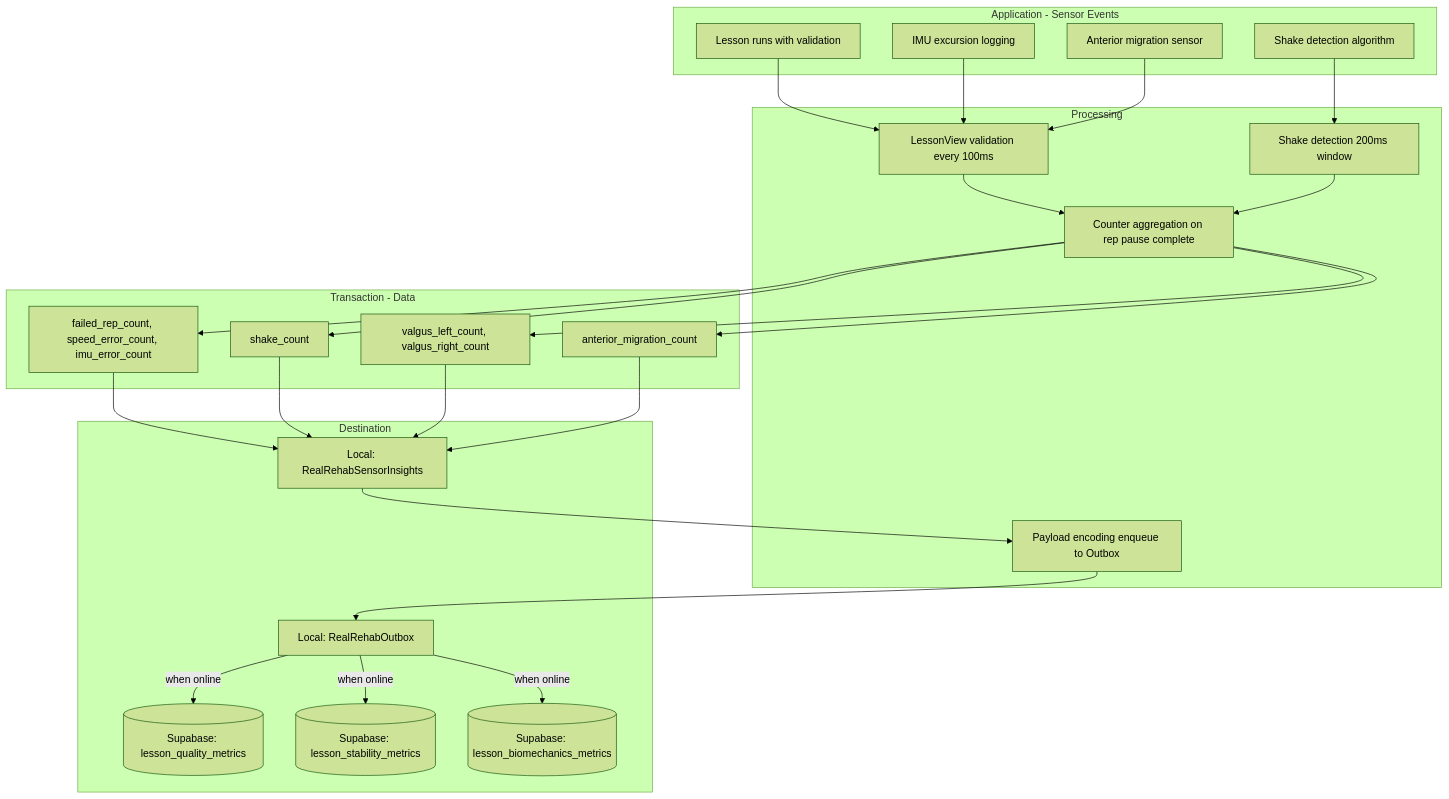
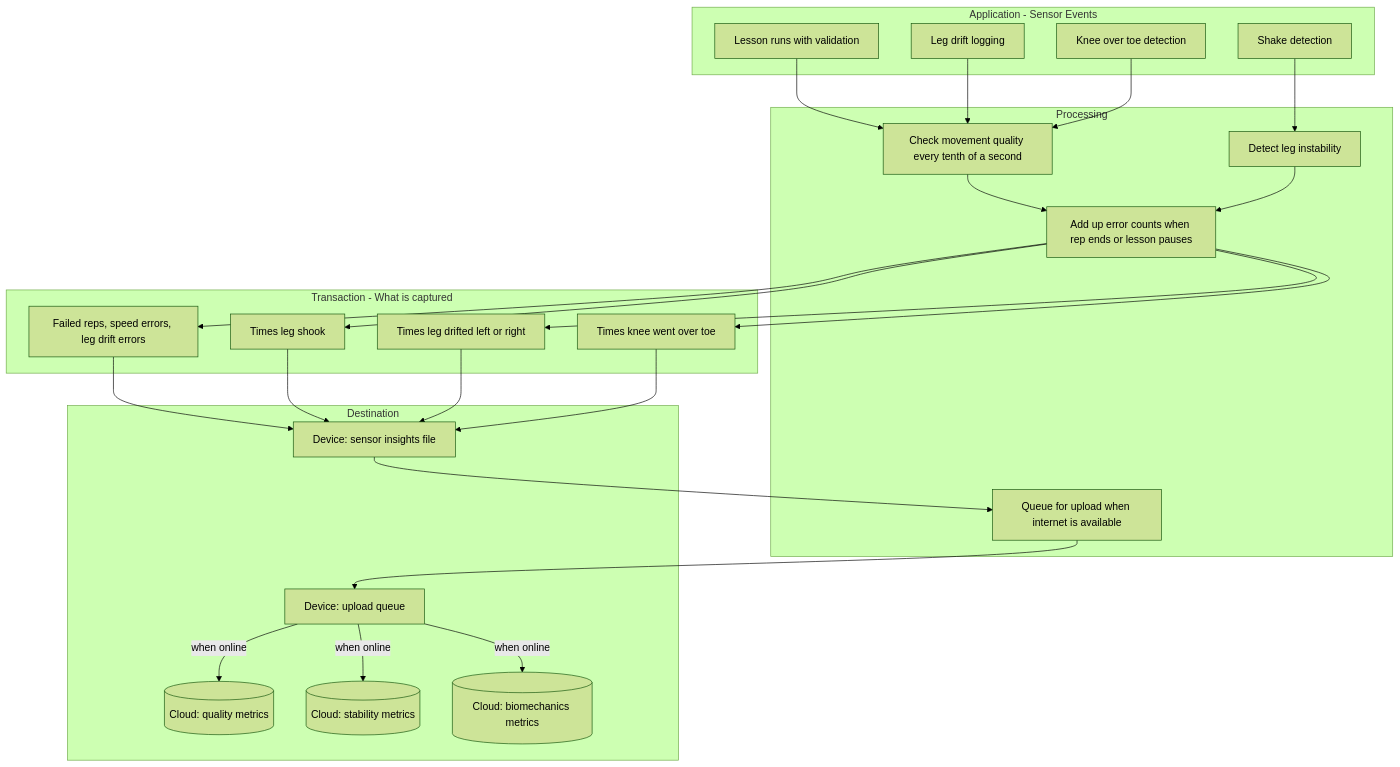
Before and after one commit to seanja5/realrehab-mvp: the second of 2 diagrams in docs/DATA_STORY_PRESENTATION.md, drawn with Mermaid (forest theme). The commit also changed other lines of this file and 1 other file, not shown here.

Commit message:
Use plain-language labels in data flow diagrams for non-technical audiences

````diff
--- a/docs/DATA_STORY_PRESENTATION.md
+++ b/docs/DATA_STORY_PRESENTATION.md
@@ -238,50 +238,50 @@
 ```mermaid
 flowchart TB
     subgraph future_app [Application - Sensor Events]
         F1[Lesson runs with validation]
-        F2[Shake detection algorithm]
-        F3[IMU excursion logging]
-        F4[Anterior migration sensor]
+        F2[Shake detection]
+        F3[Leg drift logging]
+        F4[Knee over toe detection]
     end
 
     subgraph future_proc [Processing]
-        FP1[LessonView validation every 100ms]
-        FP2[Shake detection 200ms window]
-        FP3[Counter aggregation on rep pause complete]
-        FP4[Payload encoding enqueue to Outbox]
+        FP1[Check movement quality every tenth of a second]
+        FP2[Detect leg instability]
+        FP3[Add up error counts when rep ends or lesson pauses]
+        FP4[Queue for upload when internet is available]
     end
 
-    subgraph future_tx [Transaction - Data]
-        T1[failed_rep_count, speed_error_count, imu_error_count]
-        T2[shake_count]
-        T3[valgus_left_count, valgus_right_count]
-        T4[anterior_migration_count]
+    subgraph future_tx [Transaction - What is captured]
+        T1[Failed reps, speed errors, leg drift errors]
+        T2[Times leg shook]
+        T3[Times leg drifted left or right]
+        T4[Times knee went over toe]
     end
 
     subgraph future_dest [Destination]
-        D1[Local: RealRehabSensorInsights]
-        D2[Local: RealRehabOutbox]
-        D3[(Supabase: lesson_quality_metrics)]
-        D4[(Supabase: lesson_stability_metrics)]
-        D5[(Supabase: lesson_biomechanics_metrics)]
+        D1[Device: sensor insights file]
+        D2[Device: upload queue]
+        D3[(Cloud: quality metrics)]
+        D4[(Cloud: stability metrics)]
+        D5[(Cloud: biomechanics metrics)]
     end
 
     F1 --> FP1
     F2 --> FP2
     F3 --> FP1
     F4 --> FP1
     FP1 --> FP3
     FP2 --> FP3
     FP3 --> T1
     FP3 --> T2
     FP3 --> T3
     FP3 --> T4
     T1 --> D1
     T2 --> D1
     T3 --> D1
     T4 --> D1
     D1 --> FP4 --> D2
     D2 -->|when online| D3
     D2 -->|when online| D4
     D2 -->|when online| D5
 ```
````
